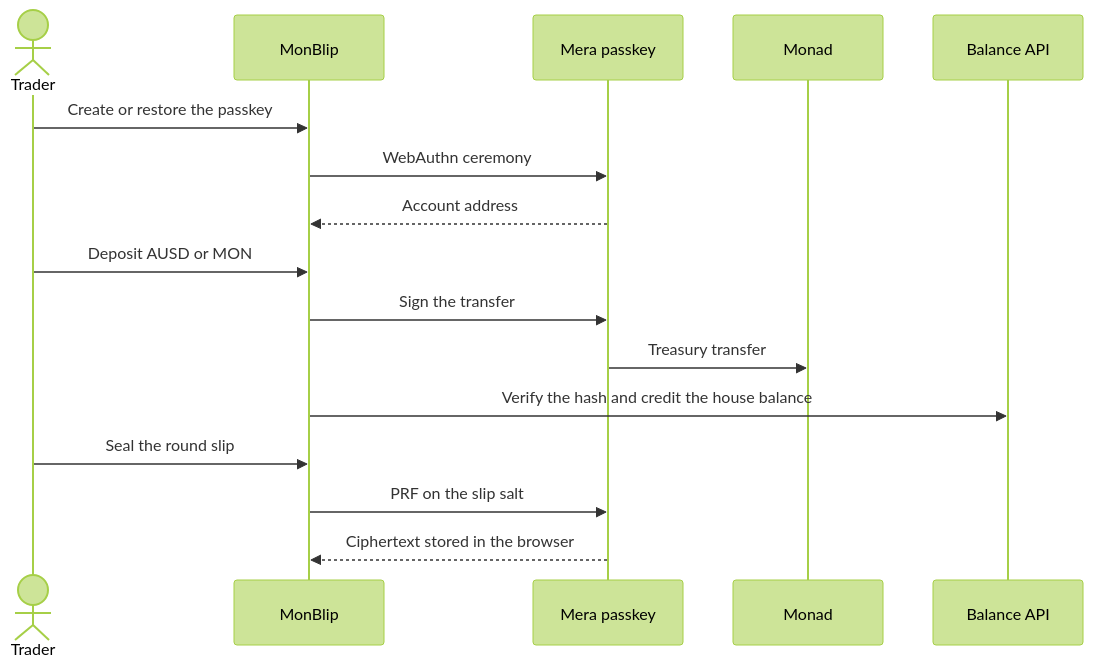
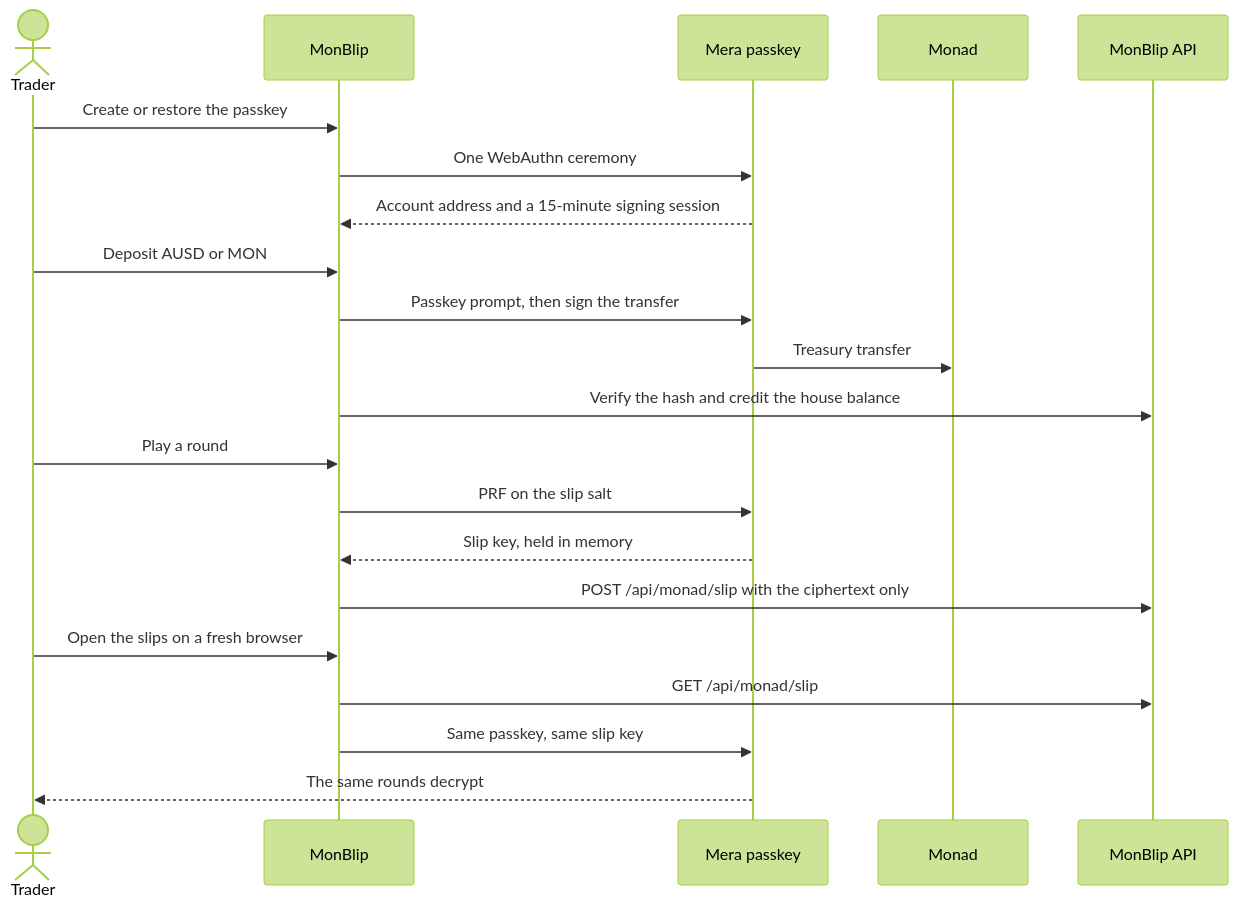
The second of 13 diagrams in README.md (AmaanSayyad/MonBlip), drawn with Mermaid (forest theme) before and after one commit. The commit also changed other lines of this file and 16 other files, not shown here.

Commit message:
Link every sponsor flow to its Monad transactions and add screenshots from the app and sponsor dashboards.

````diff
--- a/README.md
+++ b/README.md
@@ -81,19 +103,24 @@
 ```mermaid
 sequenceDiagram
   actor Trader
   participant App as MonBlip
   participant Mera as Mera passkey
   participant Monad
-  participant API as Balance API
+  participant API as MonBlip API
 
   Trader->>App: Create or restore the passkey
-  App->>Mera: WebAuthn ceremony
-  Mera-->>App: Account address
+  App->>Mera: One WebAuthn ceremony
+  Mera-->>App: Account address and a 15-minute signing session
   Trader->>App: Deposit AUSD or MON
-  App->>Mera: Sign the transfer
+  App->>Mera: Passkey prompt, then sign the transfer
   Mera->>Monad: Treasury transfer
   App->>API: Verify the hash and credit the house balance
-  Trader->>App: Seal the round slip
+  Trader->>App: Play a round
   App->>Mera: PRF on the slip salt
-  Mera-->>App: Ciphertext stored in the browser
+  Mera-->>App: Slip key, held in memory
+  App->>API: POST /api/monad/slip with the ciphertext only
+  Trader->>App: Open the slips on a fresh browser
+  App->>API: GET /api/monad/slip
+  App->>Mera: Same passkey, same slip key
+  Mera-->>Trader: The same rounds decrypt
 ```
````
